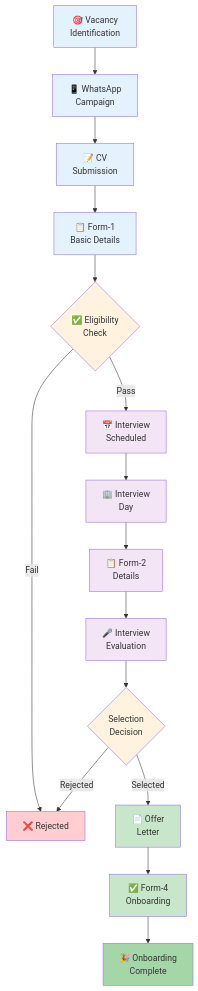
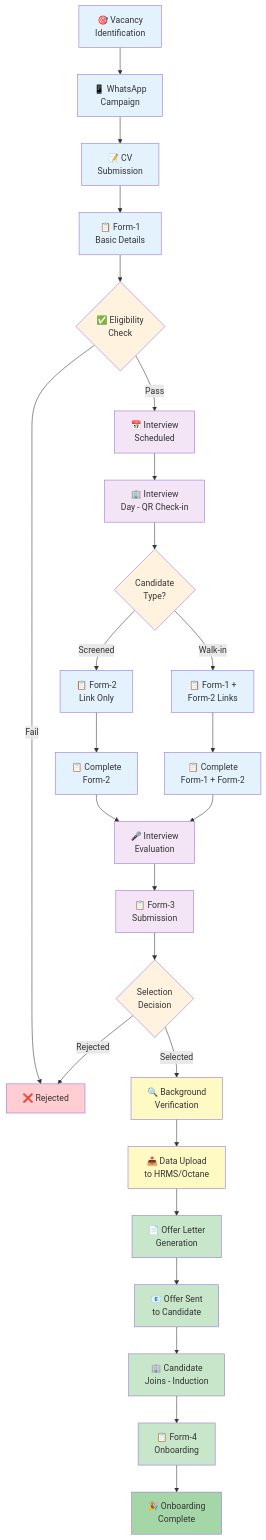
One commit to md-sahil-analyst22/test changed the first of 15 diagrams in HR_Onboarding_Agent.md. Above: the diagram before and after it, drawn with Mermaid. The commit also changed other lines of this file, not shown here.

````diff
--- a/HR_Onboarding_Agent.md
+++ b/HR_Onboarding_Agent.md
@@ -88,32 +92,56 @@
 ```mermaid
 graph TD
     A["🎯 Vacancy<br/>Identification"] --> B["📱 WhatsApp<br/>Campaign"]
     B --> C["📝 CV<br/>Submission"]
     C --> D["📋 Form-1<br/>Basic Details"]
     D --> E{"✅ Eligibility<br/>Check"}
     E -->|Fail| F["❌ Rejected"]
     E -->|Pass| G["📅 Interview<br/>Scheduled"]
-    G --> H["🏢 Interview<br/>Day"]
-    H --> I["📋 Form-2<br/>Details"]
-    I --> J["🎤 Interview<br/>Evaluation"]
-    J --> K{"Selection<br/>Decision"}
-    K -->|Selected| L["📄 Offer<br/>Letter"]
-    K -->|Rejected| F
-    L --> M["✅ Form-4<br/>Onboarding"]
-    M --> N["🎉 Onboarding<br/>Complete"]
+    G --> H["🏢 Interview<br/>Day - QR Check-in"]
+    
+    H --> I{"Candidate<br/>Type?"}
+    I -->|Screened| J["📋 Form-2<br/>Link Only"]
+    I -->|Walk-in| K["📋 Form-1 +<br/>Form-2 Links"]
+    
+    J --> L["📋 Complete<br/>Form-2"]
+    K --> M["📋 Complete<br/>Form-1 + Form-2"]
+    
+    L --> N["🎤 Interview<br/>Evaluation"]
+    M --> N
+    
+    N --> O["📋 Form-3<br/>Submission"]
+    O --> P{"Selection<br/>Decision"}
+    P -->|Rejected| F
+    P -->|Selected| Q["🔍 Background<br/>Verification"]
+    
+    Q --> R["📤 Data Upload<br/>to HRMS/Octane"]
+    R --> S["📄 Offer Letter<br/>Generation"]
+    S --> T["📧 Offer Sent<br/>to Candidate"]
+    T --> U["🏢 Candidate<br/>Joins - Induction"]
+    U --> V["📋 Form-4<br/>Onboarding"]
+    V --> W["🎉 Onboarding<br/>Complete"]
     
     style A fill:#e3f2fd
     style B fill:#e3f2fd
     style C fill:#e3f2fd
     style D fill:#e3f2fd
     style E fill:#fff3e0
     style F fill:#ffcdd2
     style G fill:#f3e5f5
     style H fill:#f3e5f5
-    style I fill:#f3e5f5
-    style J fill:#f3e5f5
-    style K fill:#fff3e0
-    style L fill:#c8e6c9
-    style M fill:#c8e6c9
-    style N fill:#a5d6a7
+    style I fill:#fff3e0
+    style J fill:#e3f2fd
+    style K fill:#e3f2fd
+    style L fill:#e3f2fd
+    style M fill:#e3f2fd
+    style N fill:#f3e5f5
+    style O fill:#f3e5f5
+    style P fill:#fff3e0
+    style Q fill:#fff9c4
+    style R fill:#fff9c4
+    style S fill:#c8e6c9
+    style T fill:#c8e6c9
+    style U fill:#c8e6c9
+    style V fill:#c8e6c9
+    style W fill:#a5d6a7
 ```
````
